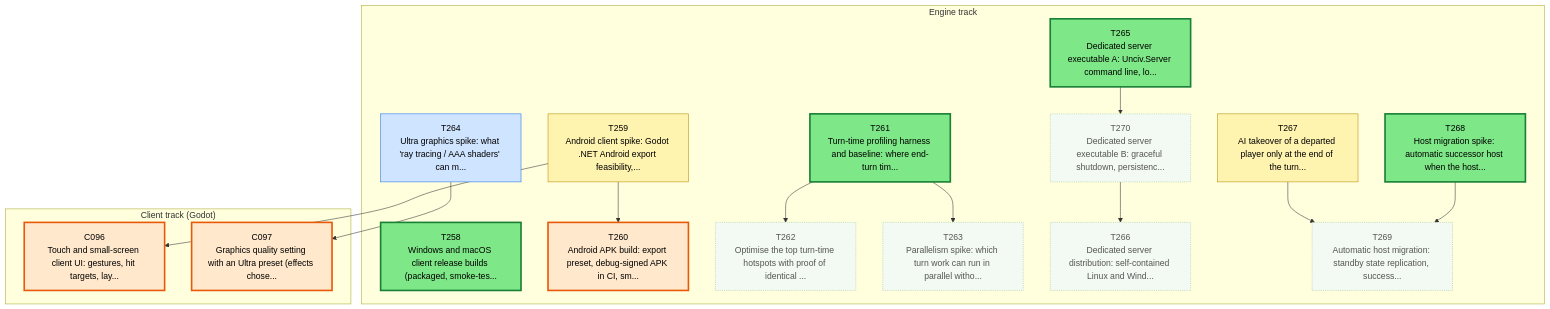
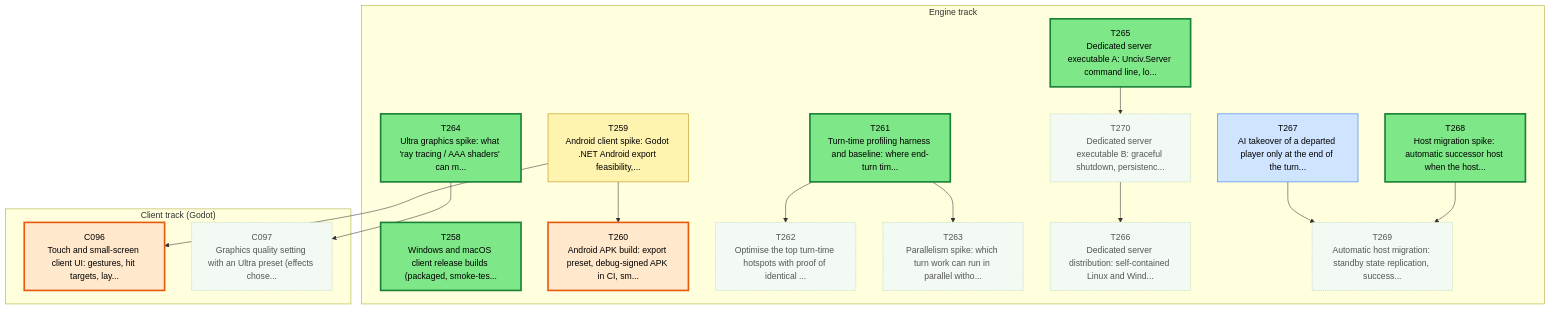
The first of 3 diagrams in csharp/migration/DEPENDENCY_MAP.md (Kenmura/Unciv), drawn with Mermaid before and after one commit. The commit also changed other lines of this file and 2 other files, not shown here.

````diff
--- a/csharp/migration/DEPENDENCY_MAP.md
+++ b/csharp/migration/DEPENDENCY_MAP.md
@@ -35,53 +35,53 @@
 ```mermaid
 flowchart TD
   subgraph TTRACK["Engine track"]
     T258["T258<br/>Windows and macOS client release builds (packaged, smoke-tes..."]
     T259["T259<br/>Android client spike: Godot .NET Android export feasibility,..."]
     T260["T260<br/>Android APK build: export preset, debug-signed APK in CI, sm..."]
     T261["T261<br/>Turn-time profiling harness and baseline: where end-turn tim..."]
     T262["T262<br/>Optimise the top turn-time hotspots with proof of identical ..."]
     T263["T263<br/>Parallelism spike: which turn work can run in parallel witho..."]
     T264["T264<br/>Ultra graphics spike: what 'ray tracing / AAA shaders' can m..."]
     T265["T265<br/>Dedicated server executable A: Unciv.Server command line, lo..."]
     T266["T266<br/>Dedicated server distribution: self-contained Linux and Wind..."]
     T267["T267<br/>AI takeover of a departed player only at the end of the turn..."]
     T268["T268<br/>Host migration spike: automatic successor host when the host..."]
     T269["T269<br/>Automatic host migration: standby state replication, success..."]
     T270["T270<br/>Dedicated server executable B: graceful shutdown, persistenc..."]
   end
   subgraph CTRACK["Client track (Godot)"]
     C096["C096<br/>Touch and small-screen client UI: gestures, hit targets, lay..."]
     C097["C097<br/>Graphics quality setting with an Ultra preset (effects chose..."]
   end
   T259 --> T260
   T261 --> T262
   T261 --> T263
   T270 --> T266
   T268 --> T269
   T267 --> T269
   T265 --> T270
   T259 --> C096
   T264 --> C097
   classDef waiting fill:#f3faf3,stroke:#9bc49b,color:#555,stroke-dasharray:2 2
   classDef ondeck fill:#ffe8cc,stroke:#e8590c,stroke-width:3px,color:#000
   classDef ready fill:#7ee787,stroke:#1a7f37,stroke-width:3px,color:#000
   classDef prog fill:#fff3b0,stroke:#b58900,color:#000
   classDef review fill:#cfe4ff,stroke:#1f6feb,color:#000
   classDef blocked fill:#ffd6d6,stroke:#c62828,color:#000
   classDef done fill:#eeeeee,stroke:#999999,color:#666,stroke-dasharray:4 3
   class C096 ondeck
-  class C097 ondeck
+  class C097 waiting
   class T258 ready
   class T259 prog
   class T260 ondeck
   class T261 ready
   class T262 waiting
   class T263 waiting
-  class T264 review
+  class T264 ready
   class T265 ready
   class T266 waiting
-  class T267 prog
+  class T267 review
   class T268 ready
   class T269 waiting
   class T270 waiting
 ```
````
